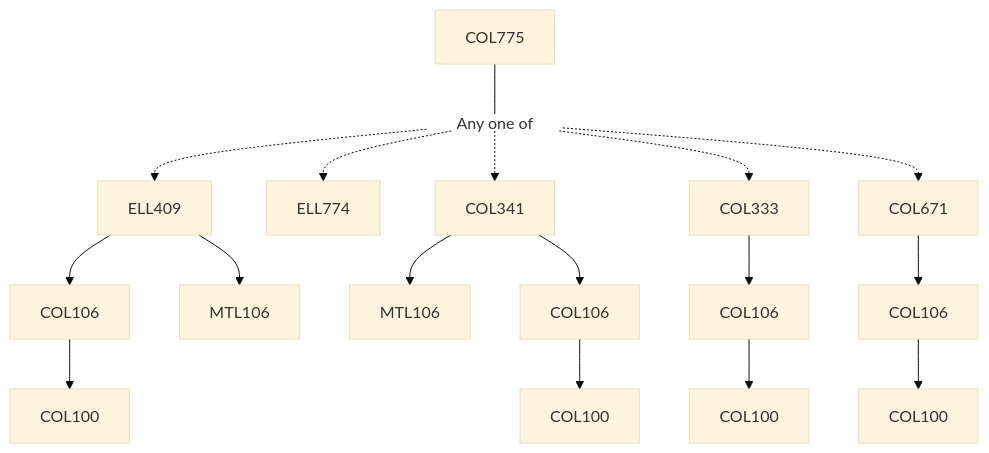
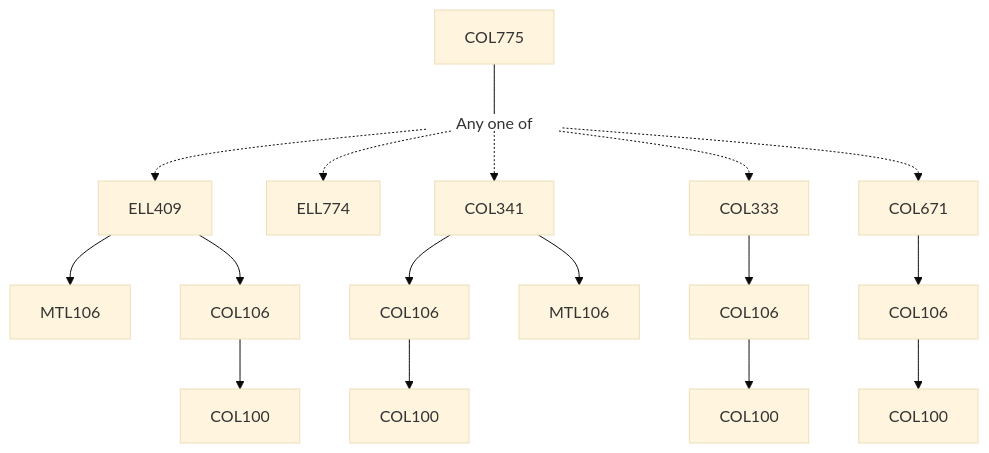
Before and after one commit to KeshavBansal0122/CoS_Website: the diagram in content/Computer Science and Engineering/COL775.md, drawn with Mermaid (base theme). The commit also changed other lines of this file and 392 other files, not shown here.

````diff
--- a/content/Computer Science and Engineering/COL775.md
+++ b/content/Computer Science and Engineering/COL775.md
@@ -15,23 +15,23 @@
 ```mermaid
 flowchart TD
 COL775-1311[COL775]
 COL775-1311 --- Or1312[Any one of]:::empty
-ELL409-1313 --> COL106-1313[COL106]
 Or1312 -.-> ELL409-1313[ELL409]
 ELL409-1313 --> MTL106-1313[MTL106]
+ELL409-1313 --> COL106-1313[COL106]
 COL106-1313 --> COL100-1313[COL100]
 Or1312 -.-> ELL774-1314[ELL774]
 Or1312 -.-> COL341-1315[COL341]
+COL341-1315 --> COL106-1315[COL106]
 COL341-1315 --> MTL106-1315[MTL106]
-COL341-1315 --> COL106-1315[COL106]
 COL106-1315 --> COL100-1315[COL100]
-COL333-1316 --> COL106-1316[COL106]
 COL106-1316 --> COL100-1316[COL100]
 Or1312 -.-> COL333-1316[COL333]
+COL333-1316 --> COL106-1316[COL106]
+Or1312 -.-> COL671-1317[COL671]
 COL671-1317 --> COL106-1317[COL106]
 COL106-1317 --> COL100-1317[COL100]
-Or1312 -.-> COL671-1317[COL671]
 
 classDef empty height:17px, fill:transparent, stroke:transparent;
 classDef trueEmpty height:0px, width:0px;
 ```
````
